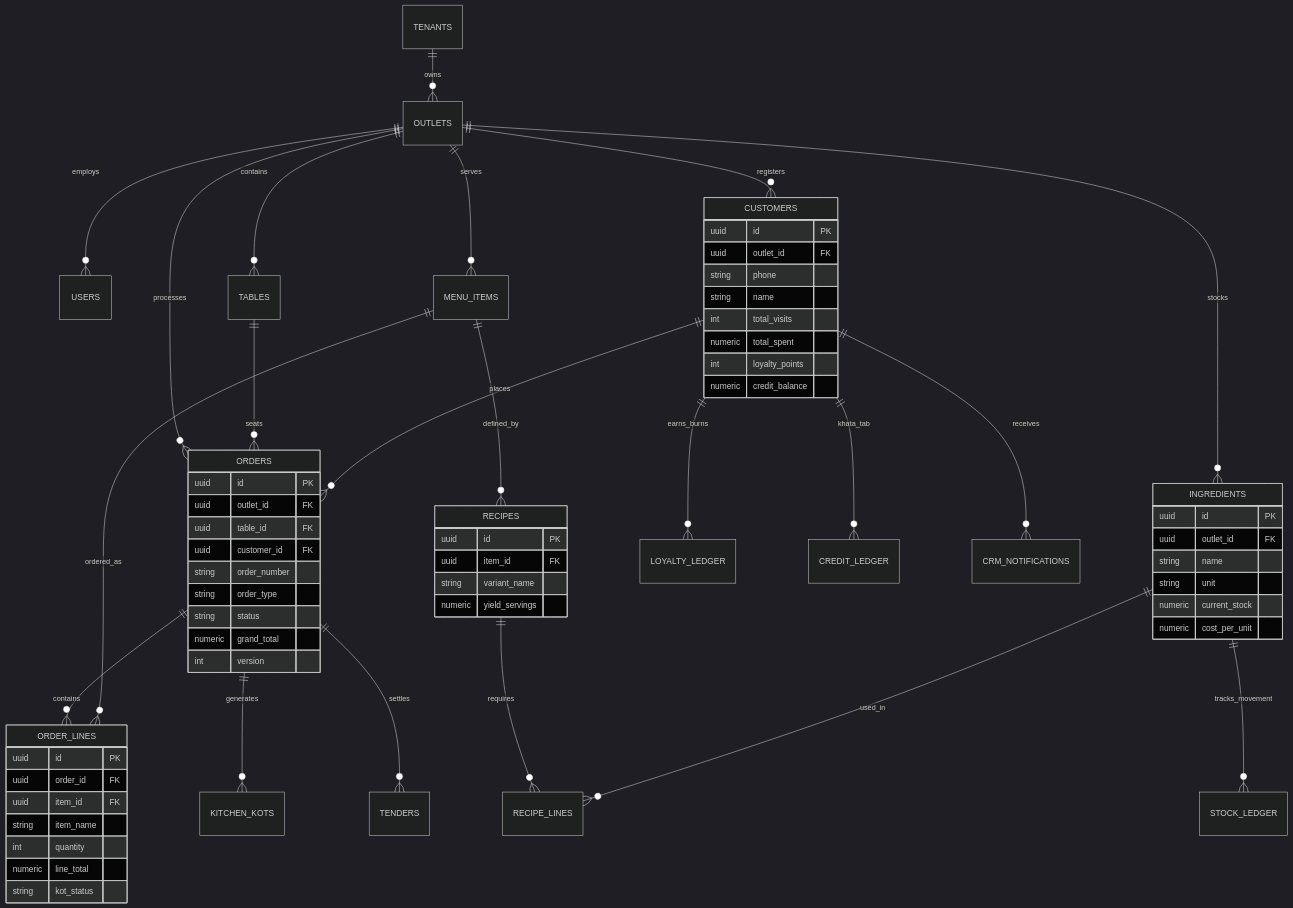
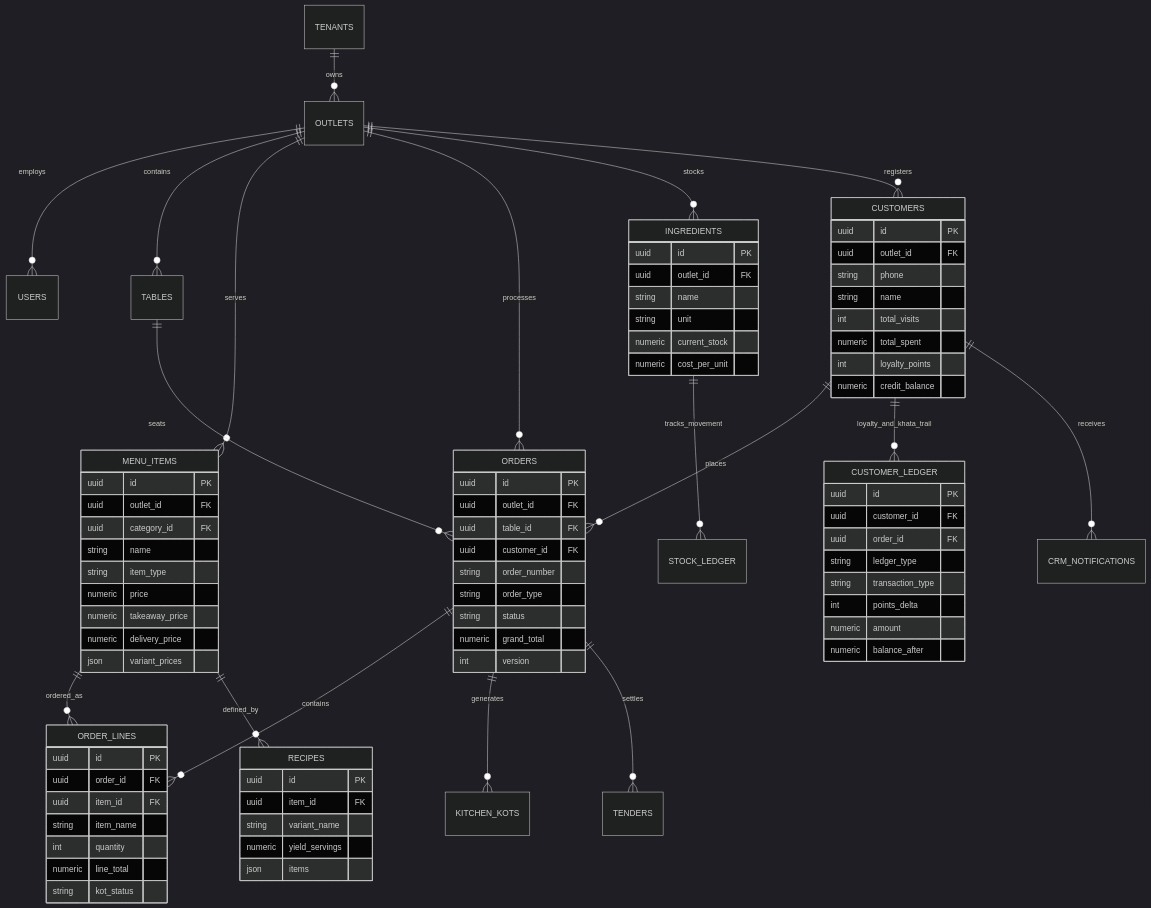
Before and after one commit to naiyo-24/SirfBill_Backend_Restraunt: the second of 15 diagrams in README.md, drawn with Mermaid (dark theme). The commit also changed other lines of this file, not shown here.

Commit message:
docs(readme): update architecture, erds, and migrations for final consolidated schema

````diff
--- a/README.md
+++ b/README.md
@@ -194,13 +198,10 @@
 
   MENU_ITEMS ||--o{ ORDER_LINES : ordered_as
   MENU_ITEMS ||--o{ RECIPES : defined_by
-  RECIPES ||--o{ RECIPE_LINES : requires
-  INGREDIENTS ||--o{ RECIPE_LINES : used_in
   INGREDIENTS ||--o{ STOCK_LEDGER : tracks_movement
 
   CUSTOMERS ||--o{ ORDERS : places
-  CUSTOMERS ||--o{ LOYALTY_LEDGER : earns_burns
-  CUSTOMERS ||--o{ CREDIT_LEDGER : khata_tab
+  CUSTOMERS ||--o{ CUSTOMER_LEDGER : loyalty_and_khata_trail
   CUSTOMERS ||--o{ CRM_NOTIFICATIONS : receives
 
   ORDERS {
@@ -225,6 +226,18 @@
     string kot_status
   }
 
+  MENU_ITEMS {
+    uuid id PK
+    uuid outlet_id FK
+    uuid category_id FK
+    string name
+    string item_type
+    numeric price
+    numeric takeaway_price
+    numeric delivery_price
+    json variant_prices
+  }
+
   INGREDIENTS {
     uuid id PK
     uuid outlet_id FK
@@ -239,6 +252,7 @@
     uuid item_id FK
     string variant_name
     numeric yield_servings
+    json items
   }
 
   CUSTOMERS {
@@ -251,4 +265,15 @@
     int loyalty_points
     numeric credit_balance
   }
+
+  CUSTOMER_LEDGER {
+    uuid id PK
+    uuid customer_id FK
+    uuid order_id FK
+    string ledger_type
+    string transaction_type
+    int points_delta
+    numeric amount
+    numeric balance_after
+  }
 ```
````
